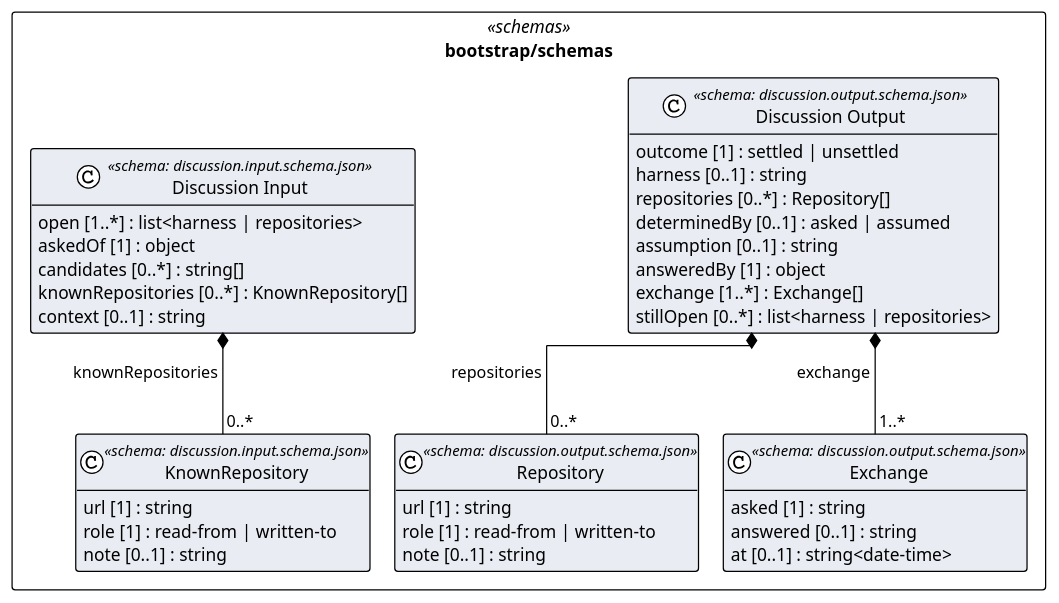
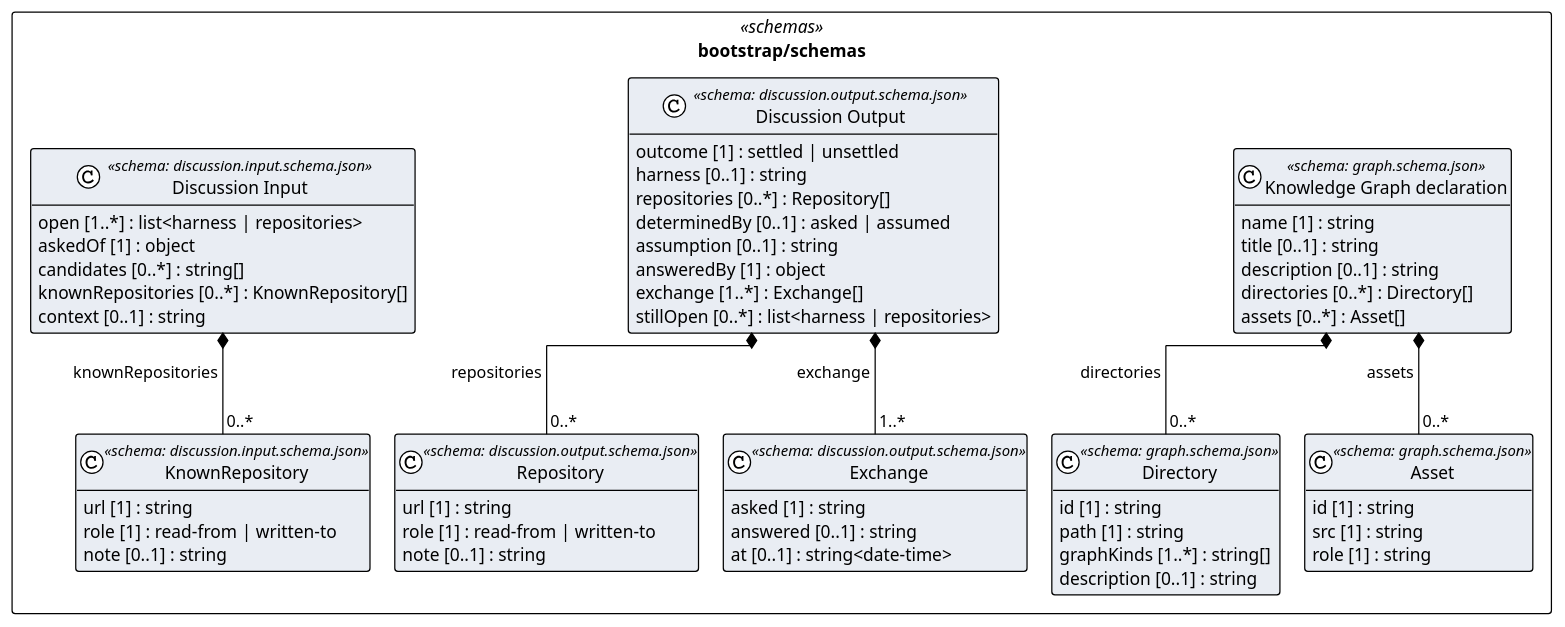
One commit to litlfred/folio-assistant changed the diagram in cat-harness/uml/overview/bootstrap/schemas.puml. Above: the diagram before and after it, drawn with PlantUML. The commit also changed 22 other files, not shown here.

```diff
--- a/cat-harness/uml/overview/bootstrap/schemas.puml
+++ b/cat-harness/uml/overview/bootstrap/schemas.puml
@@ -3,47 +3,67 @@
 @startuml bootstrap_schemas
 !pragma layout elk
 !theme plain
 skinparam classAttributeIconSize 0
 skinparam shadowing false
 skinparam packageStyle rectangle
 hide empty methods
 
 package "bootstrap/schemas" as pkg_bootstrap_schemas <<schemas>> {
   class "KnownRepository" as bootstrap_schemas_discussion_input_schema_json_KnownRepository <<schema: discussion.input.schema.json>> #e9edf3 {
     url [1] : string
     role [1] : read-from | written-to
     note [0..1] : string
   }
   class "Discussion Input" as bootstrap_schemas_discussion_input_schema_json_Discussion_Input <<schema: discussion.input.schema.json>> #e9edf3 {
     open [1..*] : list<harness | repositories>
     askedOf [1] : object
     candidates [0..*] : string[]
     knownRepositories [0..*] : KnownRepository[]
     context [0..1] : string
   }
   class "Repository" as bootstrap_schemas_discussion_output_schema_json_Repository <<schema: discussion.output.schema.json>> #e9edf3 {
     url [1] : string
     role [1] : read-from | written-to
     note [0..1] : string
   }
   class "Exchange" as bootstrap_schemas_discussion_output_schema_json_Exchange <<schema: discussion.output.schema.json>> #e9edf3 {
     asked [1] : string
     answered [0..1] : string
     at [0..1] : string<date-time>
   }
   class "Discussion Output" as bootstrap_schemas_discussion_output_schema_json_Discussion_Output <<schema: discussion.output.schema.json>> #e9edf3 {
     outcome [1] : settled | unsettled
     harness [0..1] : string
     repositories [0..*] : Repository[]
     determinedBy [0..1] : asked | assumed
     assumption [0..1] : string
     answeredBy [1] : object
     exchange [1..*] : Exchange[]
     stillOpen [0..*] : list<harness | repositories>
   }
+  class "Directory" as bootstrap_schemas_graph_schema_json_Directory <<schema: graph.schema.json>> #e9edf3 {
+    id [1] : string
+    path [1] : string
+    graphKinds [1..*] : string[]
+    description [0..1] : string
+  }
+  class "Asset" as bootstrap_schemas_graph_schema_json_Asset <<schema: graph.schema.json>> #e9edf3 {
+    id [1] : string
+    src [1] : string
+    role [1] : string
+  }
+  class "Knowledge Graph declaration" as bootstrap_schemas_graph_schema_json_Knowledge_Graph_declaration <<schema: graph.schema.json>> #e9edf3 {
+    name [1] : string
+    title [0..1] : string
+    description [0..1] : string
+    directories [0..*] : Directory[]
+    assets [0..*] : Asset[]
+  }
 }
 
 bootstrap_schemas_discussion_input_schema_json_Discussion_Input *-- "0..*" bootstrap_schemas_discussion_input_schema_json_KnownRepository : knownRepositories
 bootstrap_schemas_discussion_output_schema_json_Discussion_Output *-- "0..*" bootstrap_schemas_discussion_output_schema_json_Repository : repositories
 bootstrap_schemas_discussion_output_schema_json_Discussion_Output *-- "1..*" bootstrap_schemas_discussion_output_schema_json_Exchange : exchange
+bootstrap_schemas_graph_schema_json_Knowledge_Graph_declaration *-- "0..*" bootstrap_schemas_graph_schema_json_Directory : directories
+bootstrap_schemas_graph_schema_json_Knowledge_Graph_declaration *-- "0..*" bootstrap_schemas_graph_schema_json_Asset : assets
 @enduml
```
